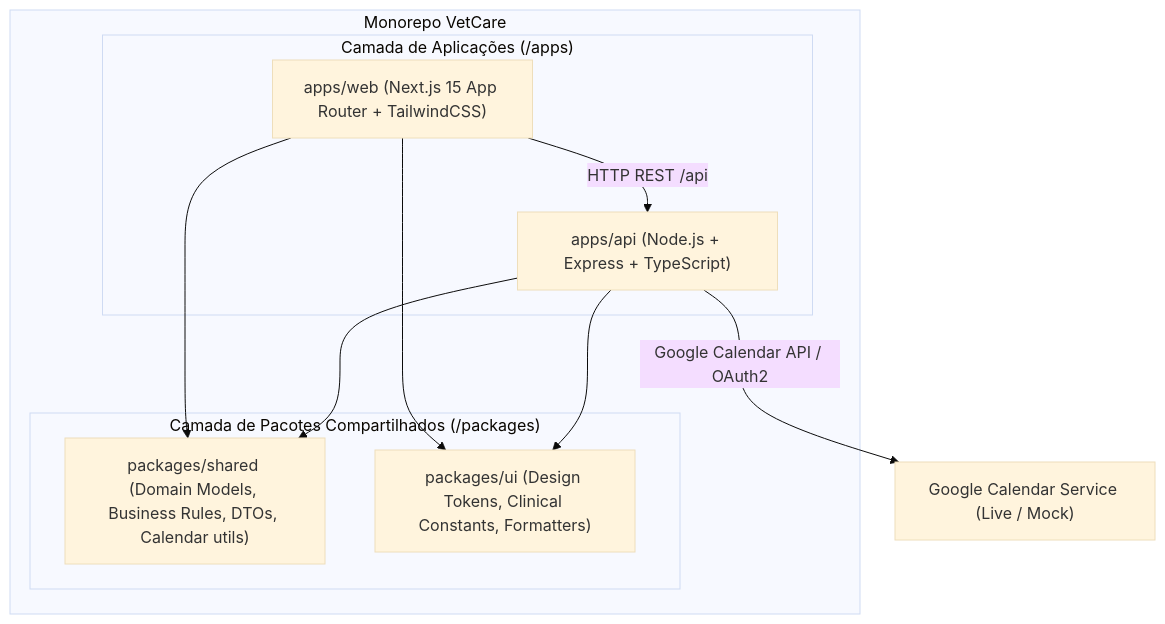
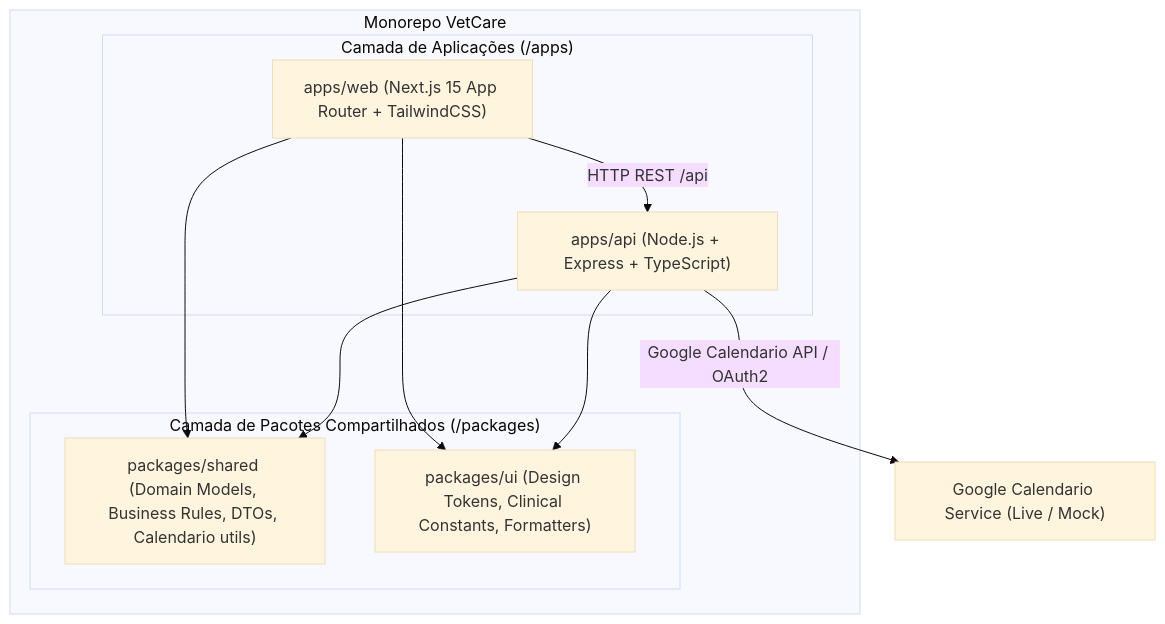
Before and after one commit to ArthurTorresDev/VetCare: the first of 5 diagrams in docs/ARCHITECTURE.md, drawn with Mermaid (base theme). The commit also changed other lines of this file and 22 other files, not shown here.

Commit message:
Aprimora a autenticação, o gerenciamento de feriados e agendamentos, atualiza componentes da interface e remove integrações com o Google Calendar.

````diff
--- a/docs/ARCHITECTURE.md
+++ b/docs/ARCHITECTURE.md
@@ -26,21 +26,21 @@
 ```mermaid
 graph TD
     subgraph Monorepo ["Monorepo VetCare"]
         subgraph Apps ["Camada de Aplicações (/apps)"]
             WEB["apps/web (Next.js 15 App Router + TailwindCSS)"]
             API["apps/api (Node.js + Express + TypeScript)"]
         end
 
         subgraph Packages ["Camada de Pacotes Compartilhados (/packages)"]
-            SHARED["packages/shared (Domain Models, Business Rules, DTOs, Calendar utils)"]
+            SHARED["packages/shared (Domain Models, Business Rules, DTOs, Calendario utils)"]
             UI["packages/ui (Design Tokens, Clinical Constants, Formatters)"]
         end
     end
 
     WEB --> SHARED
     WEB --> UI
     WEB -- "HTTP REST /api" --> API
     API --> SHARED
     API --> UI
-    API -- "Google Calendar API / OAuth2" --> GCAL["Google Calendar Service (Live / Mock)"]
+    API -- "Google Calendario API / OAuth2" --> GCAL["Google Calendario Service (Live / Mock)"]
 ```
````
